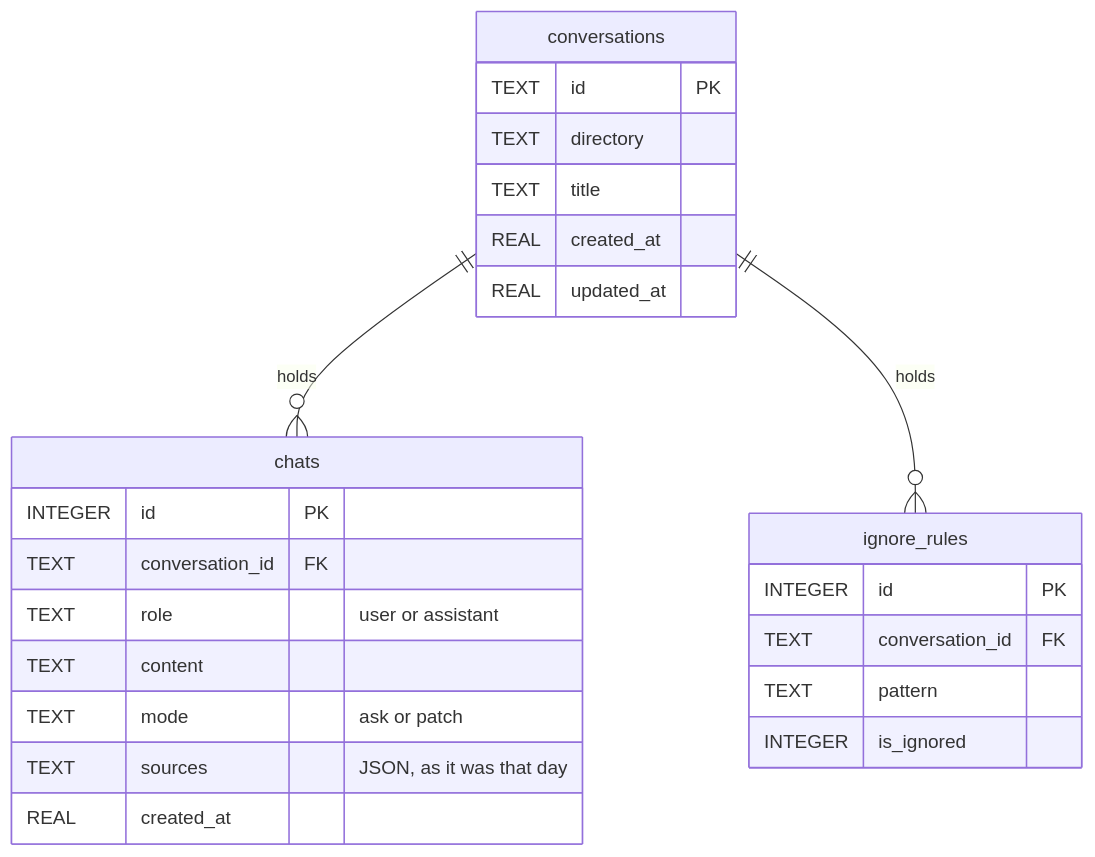
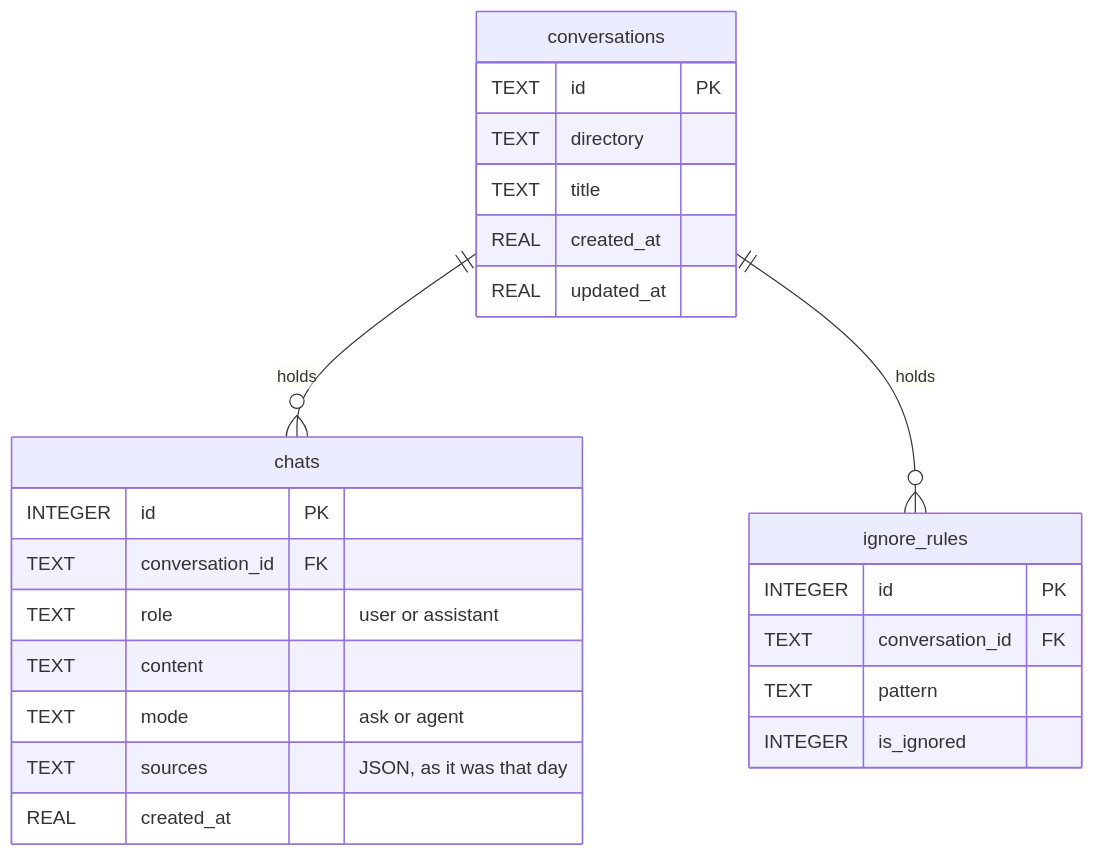
The eighth of 11 diagrams in README.md (mofassa1/inception_of_context), drawn with Mermaid before and after one commit. The commit also changed other lines of this file and 44 other files, not shown here.

````diff
--- a/README.md
+++ b/README.md
@@ -239,27 +240,27 @@
 ```mermaid
 erDiagram
     conversations ||--o{ chats : holds
     conversations ||--o{ ignore_rules : holds
     conversations {
         TEXT id PK
         TEXT directory
         TEXT title
         REAL created_at
         REAL updated_at
     }
     chats {
         INTEGER id PK
         TEXT conversation_id FK
         TEXT role "user or assistant"
         TEXT content
-        TEXT mode "ask or patch"
+        TEXT mode "ask or agent"
         TEXT sources "JSON, as it was that day"
         REAL created_at
     }
     ignore_rules {
         INTEGER id PK
         TEXT conversation_id FK
         TEXT pattern
         INTEGER is_ignored
     }
 ```
````
